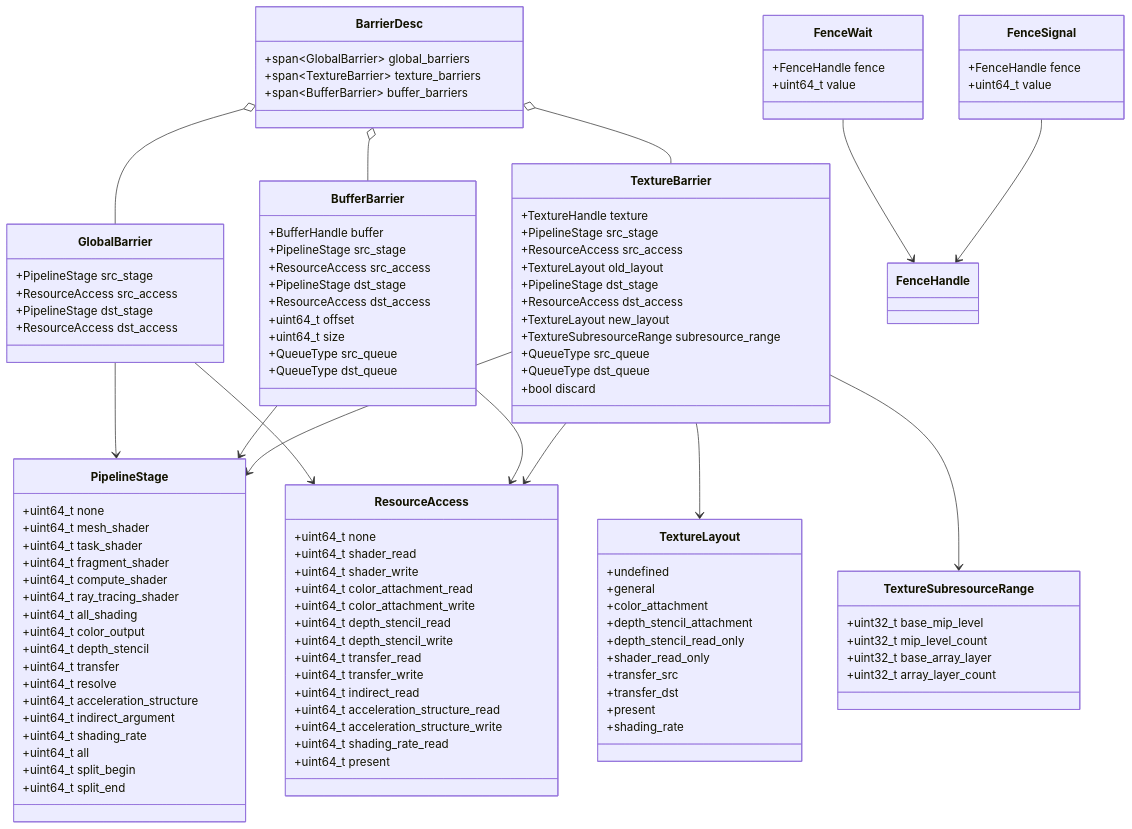
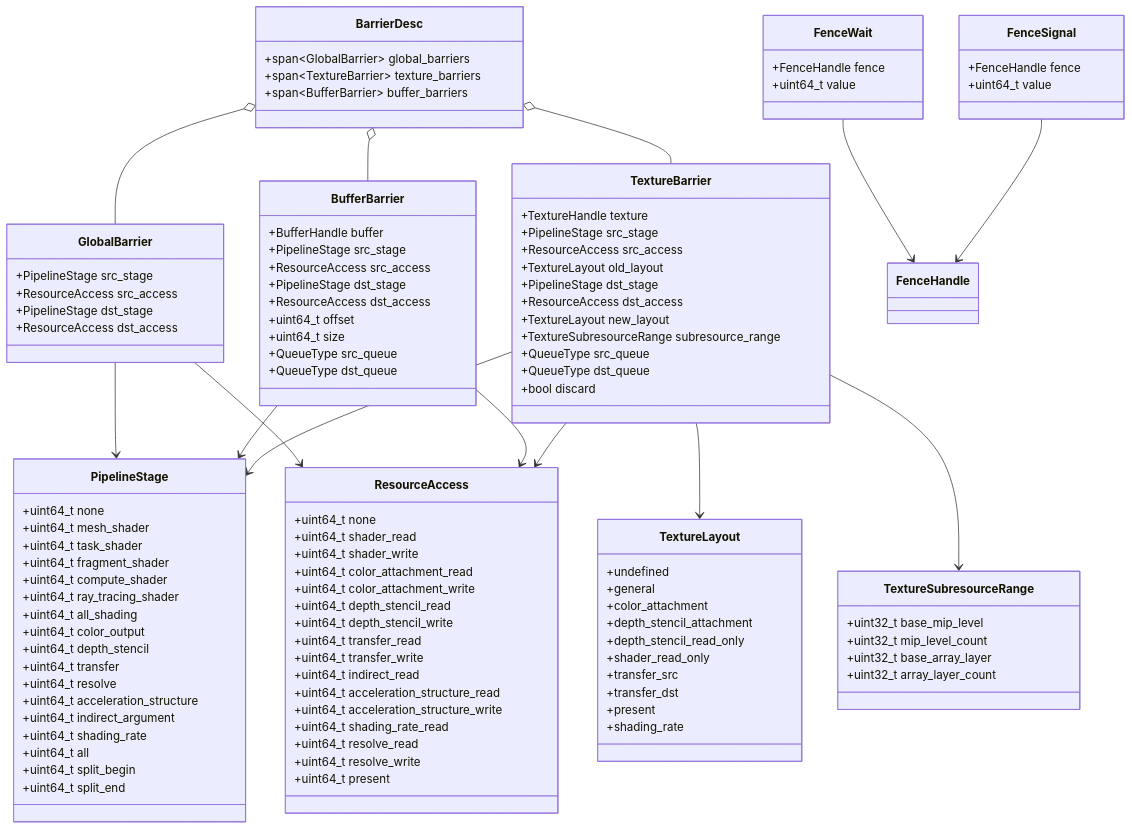
One commit to harmonius-dev/harmonius changed the fifth of 17 diagrams in docs/design/gpu-backend-interface-classes.md. Above: the diagram before and after it, drawn with Mermaid. The commit also changed other lines of this file and 10 other files, not shown here.

```diff
--- a/docs/design/gpu-backend-interface-classes.md
+++ b/docs/design/gpu-backend-interface-classes.md
@@ -325,6 +325,8 @@
         +uint64_t acceleration_structure_read
         +uint64_t acceleration_structure_write
         +uint64_t shading_rate_read
+        +uint64_t resolve_read
+        +uint64_t resolve_write
         +uint64_t present
     }
     class TextureLayout {
```
